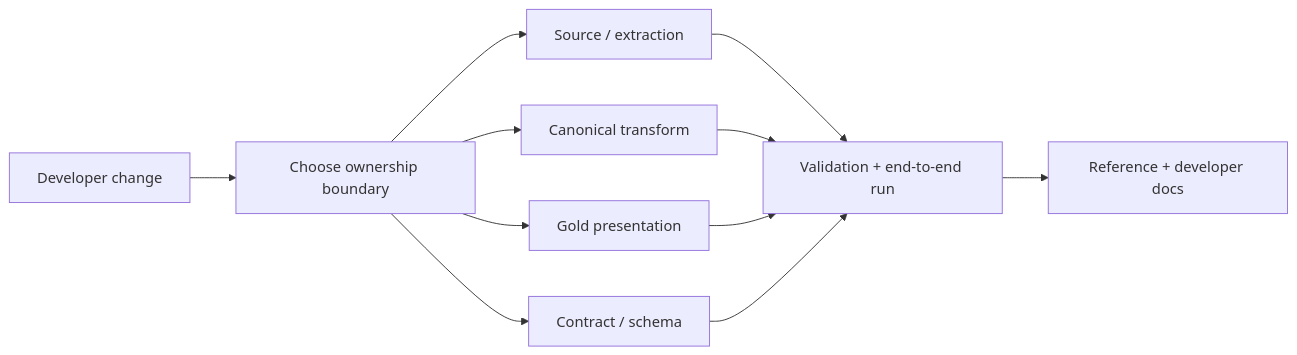
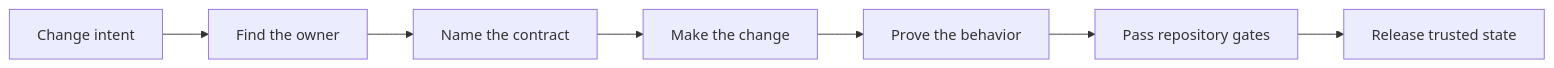
One commit to tks18/personal-finance-etl changed the first of 6 diagrams in docs/developer/README.md. Above: the diagram before and after it, drawn with Mermaid. The commit also changed other lines of this file and 8 other files, not shown here.

````diff
--- a/docs/developer/README.md
+++ b/docs/developer/README.md
@@ -7,13 +13,12 @@
 ```mermaid
 flowchart LR
-    DEV[Developer change] --> OWN[Choose ownership boundary]
-    OWN --> SRC[Source / extraction]
-    OWN --> TR[Canonical transform]
-    OWN --> GOLD[Gold presentation]
-    OWN --> SCHEMA[Contract / schema]
-    SRC --> VERIFY[Validation + end-to-end run]
-    TR --> VERIFY
-    GOLD --> VERIFY
-    SCHEMA --> VERIFY
-    VERIFY --> DOCS[Reference + developer docs]
+    I[Change intent]
+    O[Find the owner]
+    C[Name the contract]
+    M[Make the change]
+    P[Prove the behavior]
+    G[Pass repository gates]
+    R[Release trusted state]
+
+    I --> O --> C --> M --> P --> G --> R
 ```
````
